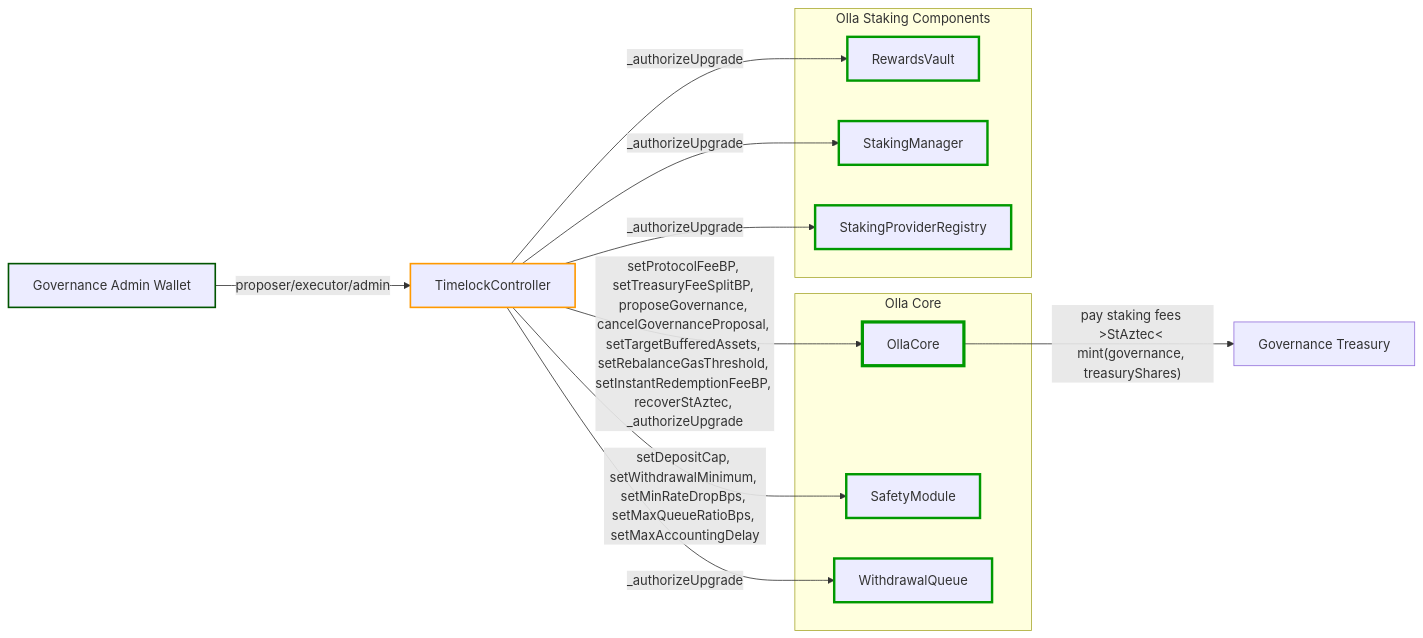
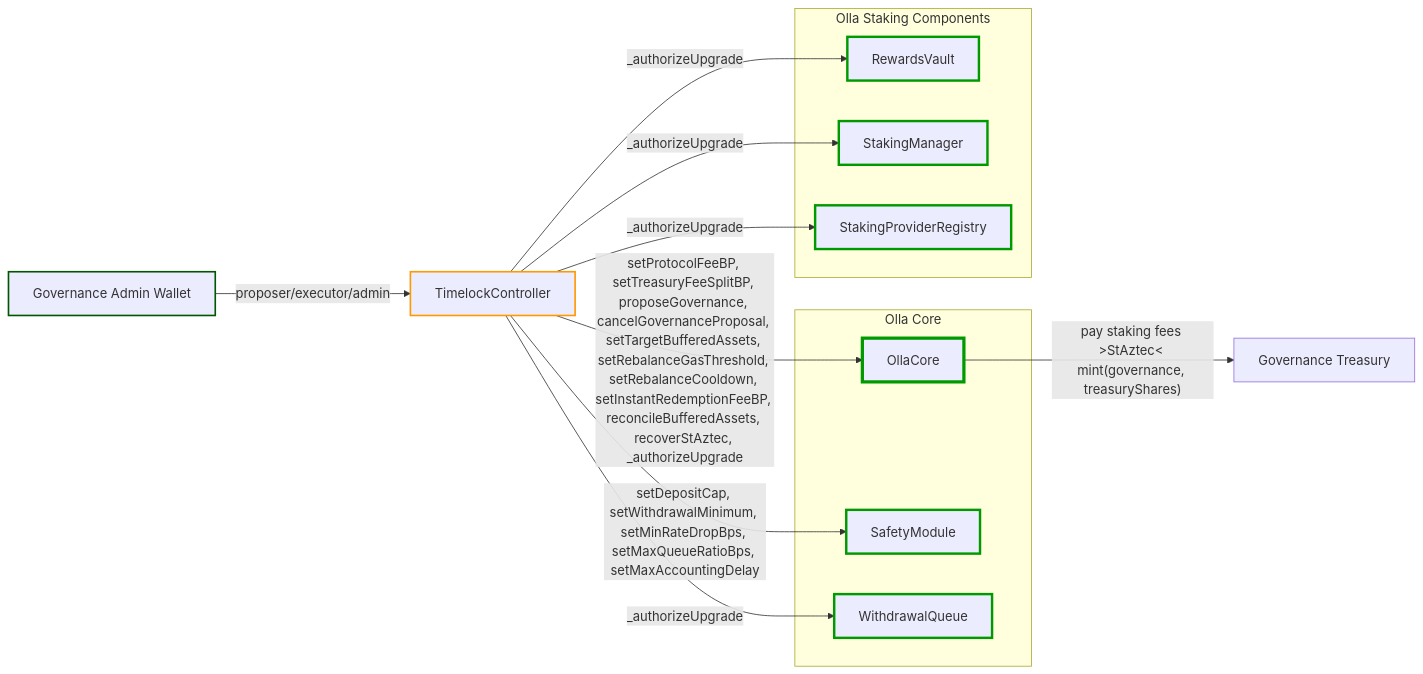
The eighth of 8 diagrams in docs/overview.md (ollafinance/core), drawn with Mermaid before and after one commit. The commit also changed other lines of this file and 54 other files, not shown here.

````diff
--- a/docs/overview.md
+++ b/docs/overview.md
@@ -307,38 +328,38 @@
 ```mermaid
 flowchart LR
 
 governanceAdminWallet[Governance Admin Wallet]
 treasury[Governance Treasury]
 timelock[TimelockController]
 
 governanceAdminWallet -->|"proposer/executor/admin"| timelock
 
 subgraph "Olla Core"
     core[OllaCore]
     safety[SafetyModule]
     withdrawQ[WithdrawalQueue]
 end
 subgraph "Olla Staking Components"
     rewards[RewardsVault]
     stkMan[StakingManager]
     spr[StakingProviderRegistry]
 end
 
-timelock -->|"setProtocolFeeBP, setTreasuryFeeSplitBP, proposeGovernance, cancelGovernanceProposal, setTargetBufferedAssets, setRebalanceGasThreshold, setInstantRedemptionFeeBP, recoverStAztec, _authorizeUpgrade"| core
+timelock -->|"setProtocolFeeBP, setTreasuryFeeSplitBP, proposeGovernance, cancelGovernanceProposal, setTargetBufferedAssets, setRebalanceGasThreshold, setRebalanceCooldown, setInstantRedemptionFeeBP, reconcileBufferedAssets, recoverStAztec, _authorizeUpgrade"| core
 timelock -->|"setDepositCap, setWithdrawalMinimum, setMinRateDropBps, setMaxQueueRatioBps, setMaxAccountingDelay"| safety
 timelock -->|"_authorizeUpgrade"| withdrawQ
 timelock -->|"_authorizeUpgrade"| rewards
 timelock -->|"_authorizeUpgrade"| stkMan
 timelock -->|"_authorizeUpgrade"| spr
 
 core -->|"pay staking fees >StAztec< mint(governance, treasuryShares)"| treasury
 
 style governanceAdminWallet stroke:#050,stroke-width:2px
 style timelock stroke:#f90,stroke-width:2px
 style core stroke:#090,stroke-width:4px
 style safety stroke:#090,stroke-width:3px
 style rewards stroke:#090,stroke-width:3px
 style stkMan stroke:#090,stroke-width:3px
 style spr stroke:#090,stroke-width:3px
 style withdrawQ stroke:#090,stroke-width:3px
 ```
````
